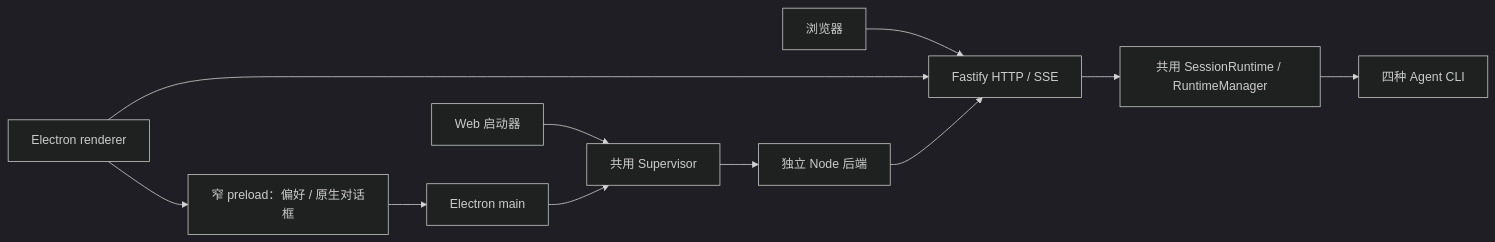
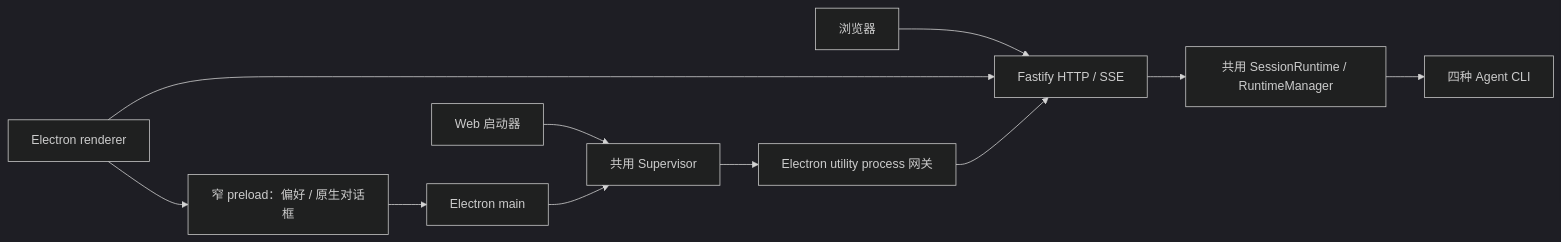
The diagram in docs/design/WEB_DESKTOP.md (cyberspacelee/AgentBridge), drawn with Mermaid (dark theme) before and after one commit. The commit also changed other lines of this file and 22 other files, not shown here.

Commit message:
refactor: move desktop gateway to utility process

````diff
--- a/docs/design/WEB_DESKTOP.md
+++ b/docs/design/WEB_DESKTOP.md
@@ -24,13 +24,13 @@
 ```mermaid
 flowchart LR
   Browser[浏览器] --> API[Fastify HTTP / SSE]
   Window[Electron renderer] --> API
   Window --> Preload[窄 preload：偏好 / 原生对话框]
   Launcher[Web 启动器] --> Host[共用 Supervisor]
   Main[Electron main] --> Host
   Preload --> Main
-  Host --> Node[独立 Node 后端]
+  Host --> Node[Electron utility process 网关]
   Node --> API
   API --> Runtime[共用 SessionRuntime / RuntimeManager]
   Runtime --> CLI[四种 Agent CLI]
 ```
````
